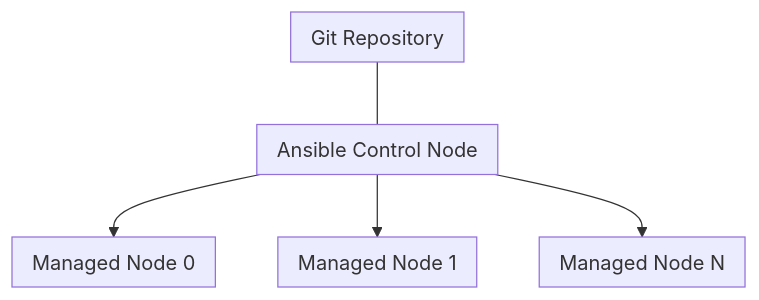
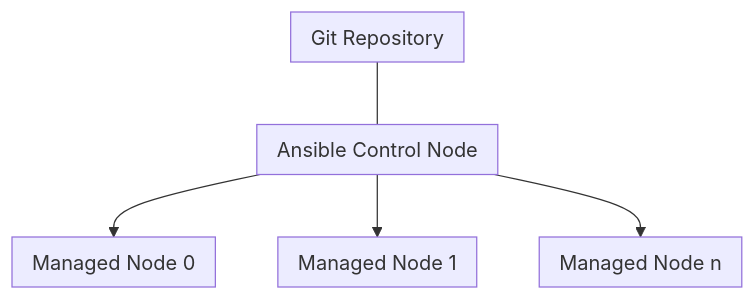
The diagram in README.md (shekar-balgobin/Ansible-Bootstrap), drawn with Mermaid before and after one commit. The commit also changed 3 other files, not shown here.

````diff
--- a/README.md
+++ b/README.md
@@ -5,22 +5,22 @@
 ``` mermaid
 flowchart
     subgraph GR[Git Repository]
     end
 
     subgraph ACN[Ansible Control Node]
     end
 
     subgraph MN0[Managed Node 0]
     end
 
     subgraph MN1[Managed Node 1]
     end
 
-    subgraph MNN[Managed Node N]
+    subgraph MNN[Managed Node n]
     end
 
     ACN-->MN0
     ACN-->MN1
     ACN-->MNN
     GR---ACN
 ```
````
